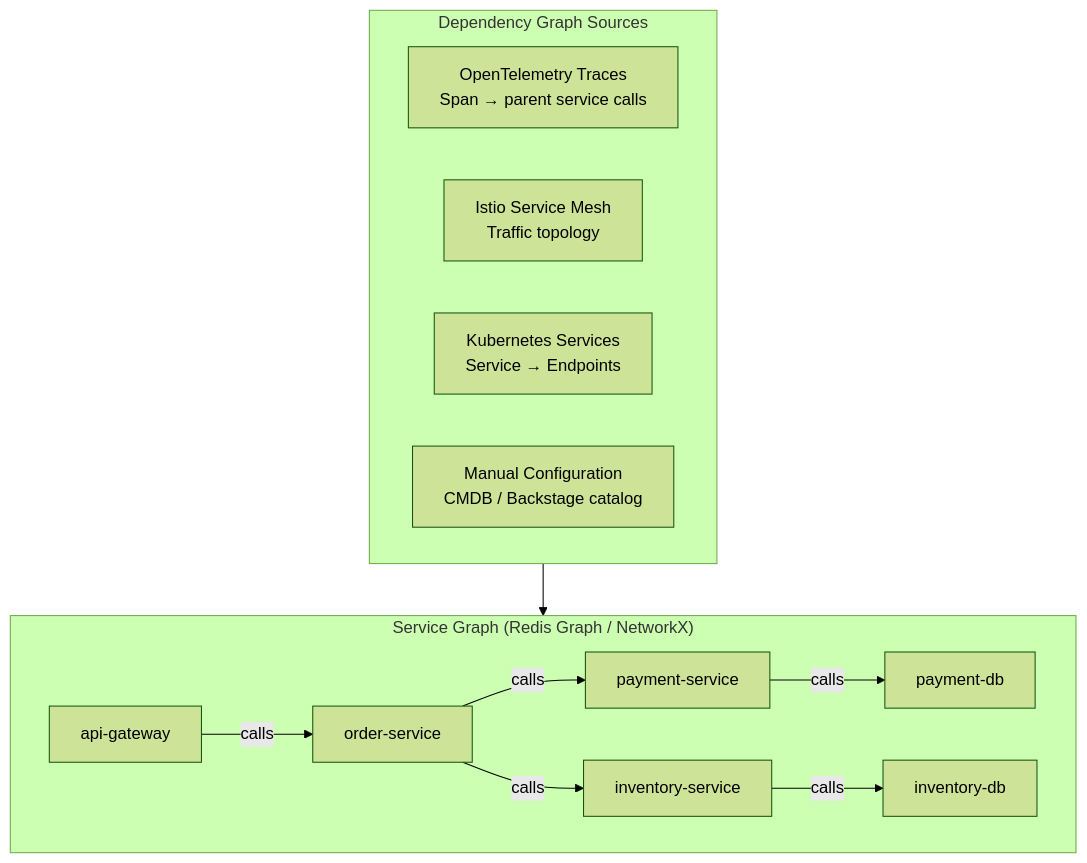
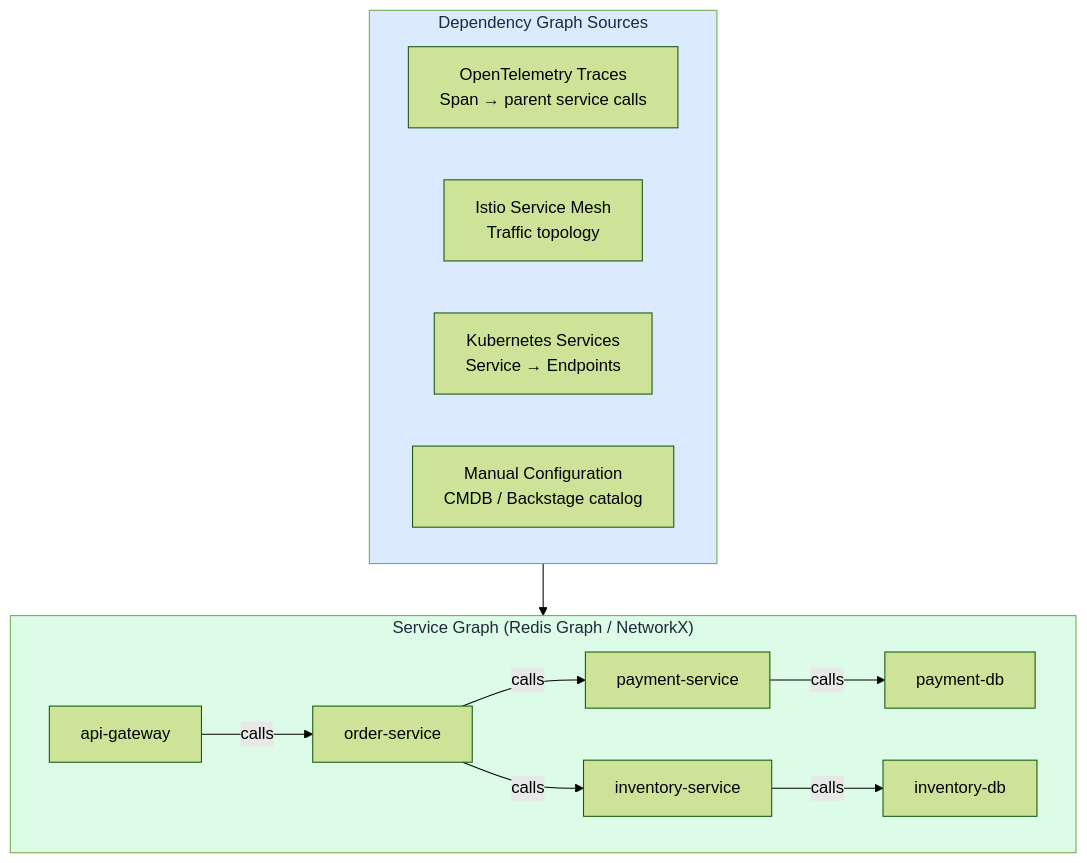
Before and after one commit to XUanhoa04/aiops-engineering-handbook: the fourth of 4 diagrams in docs/vi/09-alert-correlation/README.vi.md, drawn with Mermaid (forest theme). The commit also changed other lines of this file and 39 other files, not shown here.

First line of the commit message:
docs: concept-first Ch.08-12, collapse code, soft Mermaid colors

````diff
--- a/docs/vi/09-alert-correlation/README.vi.md
+++ b/docs/vi/09-alert-correlation/README.vi.md
@@ -397,19 +603,22 @@
 ```mermaid
 graph TD
     subgraph Sources["Dependency Graph Sources"]
         OTEL[OpenTelemetry Traces\nSpan → parent service calls]
         ISTIO[Istio Service Mesh\nTraffic topology]
         KUBE[Kubernetes Services\nService → Endpoints]
         MANUAL[Manual Configuration\nCMDB / Backstage catalog]
     end
 
     subgraph Graph["Service Graph (Redis Graph / NetworkX)"]
         A[api-gateway] -->|calls| B[order-service]
         B -->|calls| C[payment-service]
         B -->|calls| D[inventory-service]
         C -->|calls| E[payment-db]
         D -->|calls| F[inventory-db]
     end
 
     Sources --> Graph
+
+    style Sources fill:#dbeafe,color:#1e293b
+    style Graph fill:#dcfce7,color:#1e293b
 ```
````
